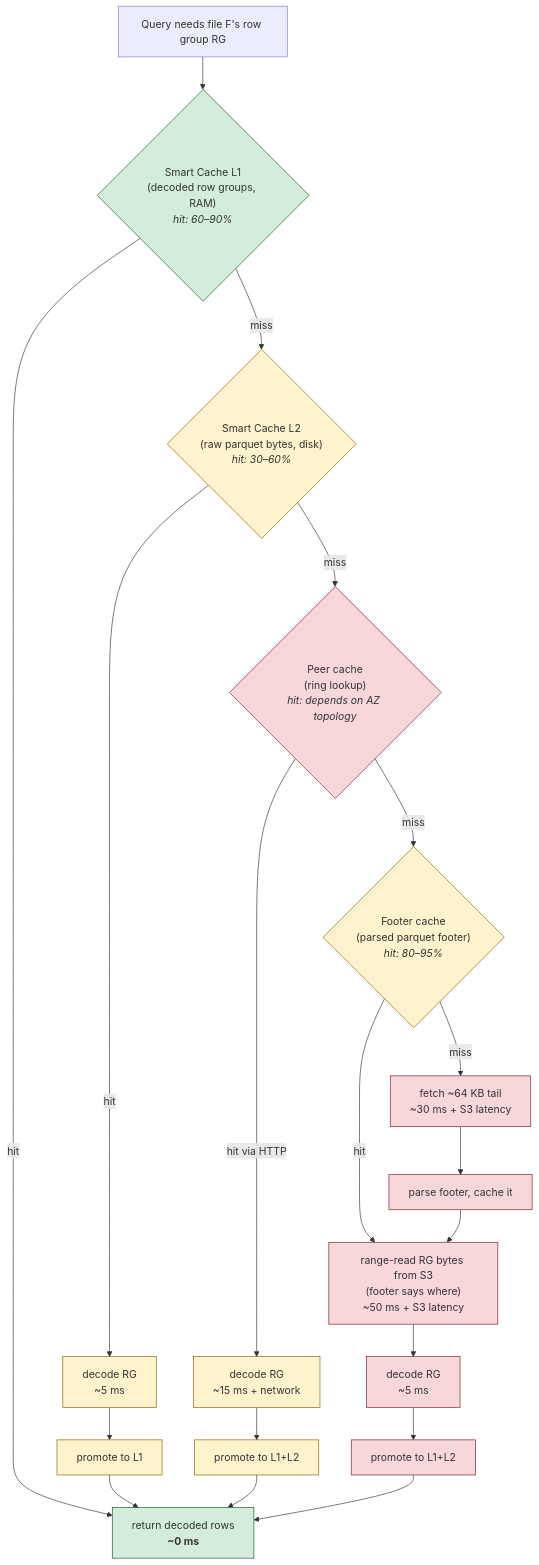
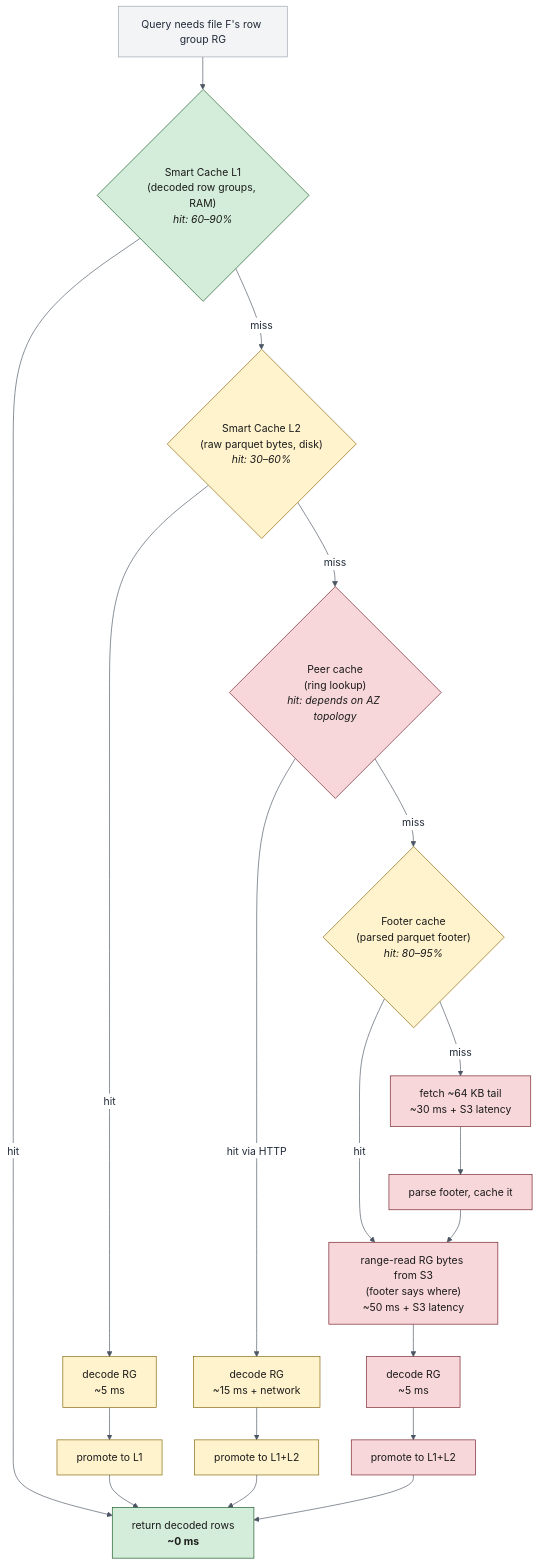
One commit to ReliablyObserve/victoria-lakehouse changed the fourth of 10 diagrams in docs/architecture/performance-machinery.md. Above: the diagram before and after it, drawn with Mermaid. The commit also changed other lines of this file, not shown here.

First line of the commit message:
docs(perf): force explicit colors so Mermaid diagrams read in dark mode

````diff
--- a/docs/architecture/performance-machinery.md
+++ b/docs/architecture/performance-machinery.md
@@ -232,30 +235,31 @@
 ```mermaid
+%%{init: {'theme':'base', 'themeVariables':{'fontFamily':'-apple-system,BlinkMacSystemFont,Segoe UI,Roboto,sans-serif','primaryColor':'#f3f4f6','primaryTextColor':'#1f2937','primaryBorderColor':'#9ca3af','lineColor':'#4b5563','secondaryColor':'#e5e7eb','tertiaryColor':'#f9fafb','background':'#ffffff','mainBkg':'#f3f4f6','clusterBkg':'#f9fafb','clusterBorder':'#9ca3af','edgeLabelBackground':'#ffffff','textColor':'#1f2937'}}}%%
 flowchart TD
     Query["Query needs file F's row group RG"] --> SC{"Smart Cache L1<br/>(decoded row groups, RAM)<br/><i>hit: 60–90%</i>"}
     SC -->|hit| Return["return decoded rows<br/><b>~0 ms</b>"]
     SC -->|miss| Disk{"Smart Cache L2<br/>(raw parquet bytes, disk)<br/><i>hit: 30–60%</i>"}
     Disk -->|hit| Decode["decode RG<br/>~5 ms"]
     Decode --> Promote1["promote to L1"]
     Promote1 --> Return
 
     Disk -->|miss| Peer{"Peer cache<br/>(ring lookup)<br/><i>hit: depends on AZ topology</i>"}
     Peer -->|hit via HTTP| DecodeP["decode RG<br/>~15 ms + network"]
     DecodeP --> Promote2["promote to L1+L2"]
     Promote2 --> Return
 
     Peer -->|miss| Footer{"Footer cache<br/>(parsed parquet footer)<br/><i>hit: 80–95%</i>"}
     Footer -->|hit| Read["range-read RG bytes from S3<br/>(footer says where)<br/>~50 ms + S3 latency"]
     Footer -->|miss| Tail["fetch ~64 KB tail<br/>~30 ms + S3 latency"]
     Tail --> Parse["parse footer, cache it"]
     Parse --> Read
     Read --> DecodeS["decode RG<br/>~5 ms"]
     DecodeS --> PromoteAll["promote to L1+L2"]
     PromoteAll --> Return
 
-    classDef fast fill:#d4edda,stroke:#155724
-    classDef medium fill:#fff3cd,stroke:#856404
-    classDef slow fill:#f8d7da,stroke:#721c24
+    classDef fast fill:#d4edda,stroke:#155724,color:#1a1a1a
+    classDef medium fill:#fff3cd,stroke:#856404,color:#1a1a1a
+    classDef slow fill:#f8d7da,stroke:#721c24,color:#1a1a1a
     class SC,Return fast
     class Disk,Decode,Promote1,DecodeP,Promote2,Footer medium
     class Peer,Read,Tail,Parse,DecodeS,PromoteAll slow
 ```
````
